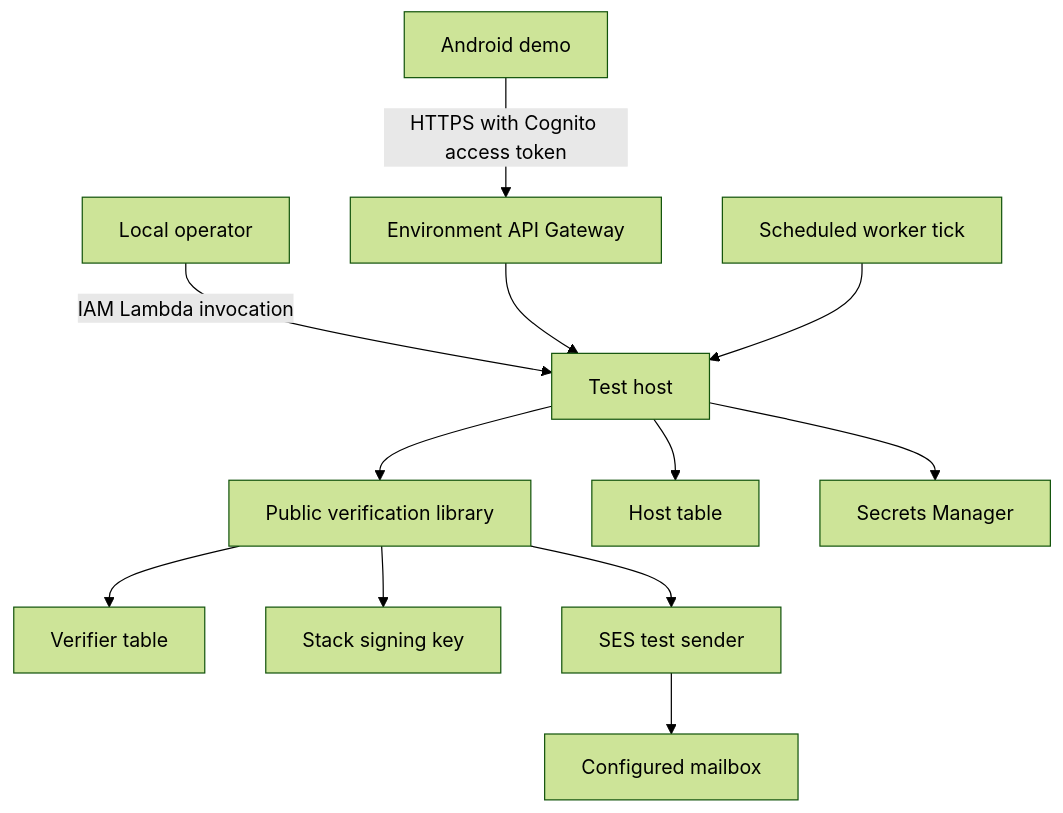
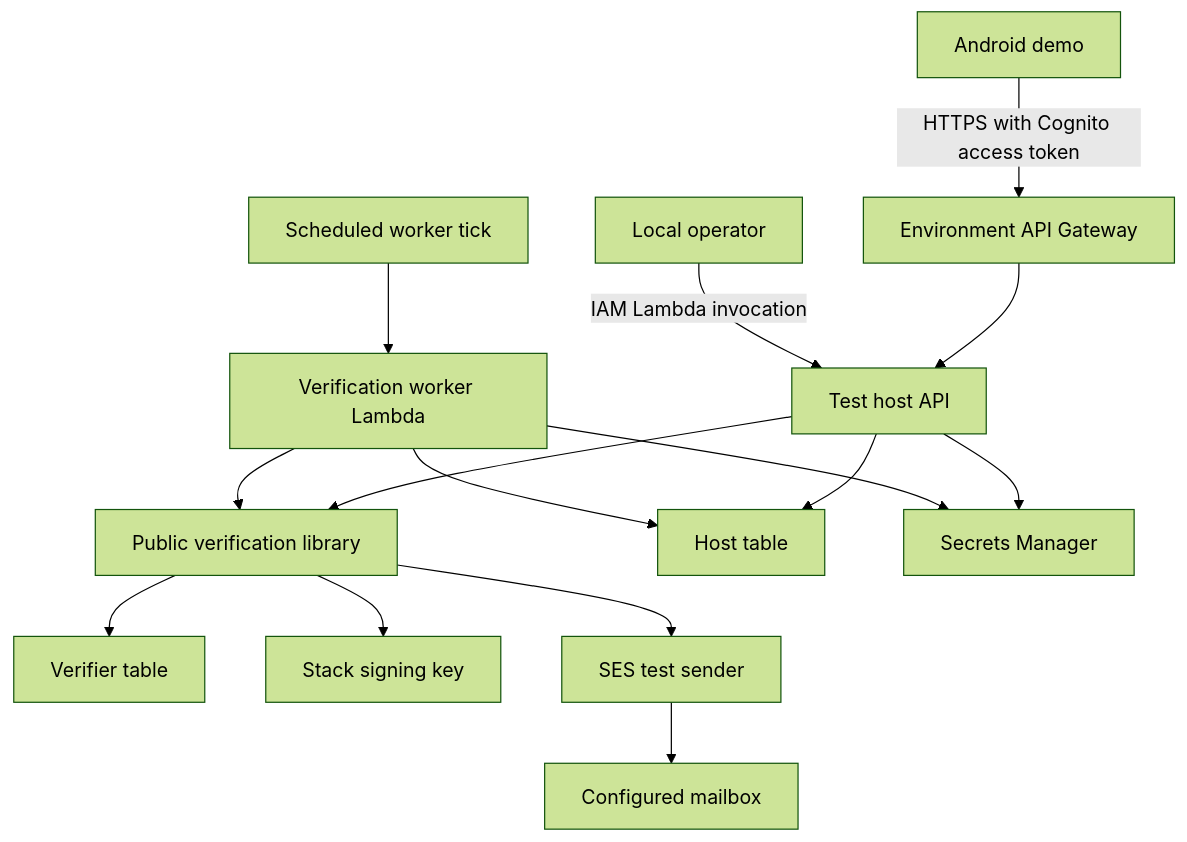
The first of 2 diagrams in docs/design/test-host.md (lambdawalker/go.apexfission.aws.email-verification), drawn with Mermaid (forest theme) before and after one commit. The commit also changed other lines of this file and 27 other files, not shown here.

Commit message:
Extract reusable AWS verification runtime and split demo API and worker

````diff
--- a/docs/design/test-host.md
+++ b/docs/design/test-host.md
@@ -23,14 +24,17 @@
 ```mermaid
 flowchart TD
-    C["Local operator"] -->|"IAM Lambda invocation"| H["Test host"]
+    C["Local operator"] -->|"IAM Lambda invocation"| H["Test host API"]
     A["Android demo"] -->|"HTTPS with Cognito access token"| G["Environment API Gateway"]
     G --> H
-    E["Scheduled worker tick"] --> H
+    E["Scheduled worker tick"] --> W["Verification worker Lambda"]
+    W --> L
+    W --> D
+    W --> S
     H --> L["Public verification library"]
     H --> D["Host table"]
     L --> V["Verifier table"]
     L --> K["Stack signing key"]
     L --> M["SES test sender"]
     M --> R["Configured mailbox"]
     H --> S["Secrets Manager"]
 ```
````
